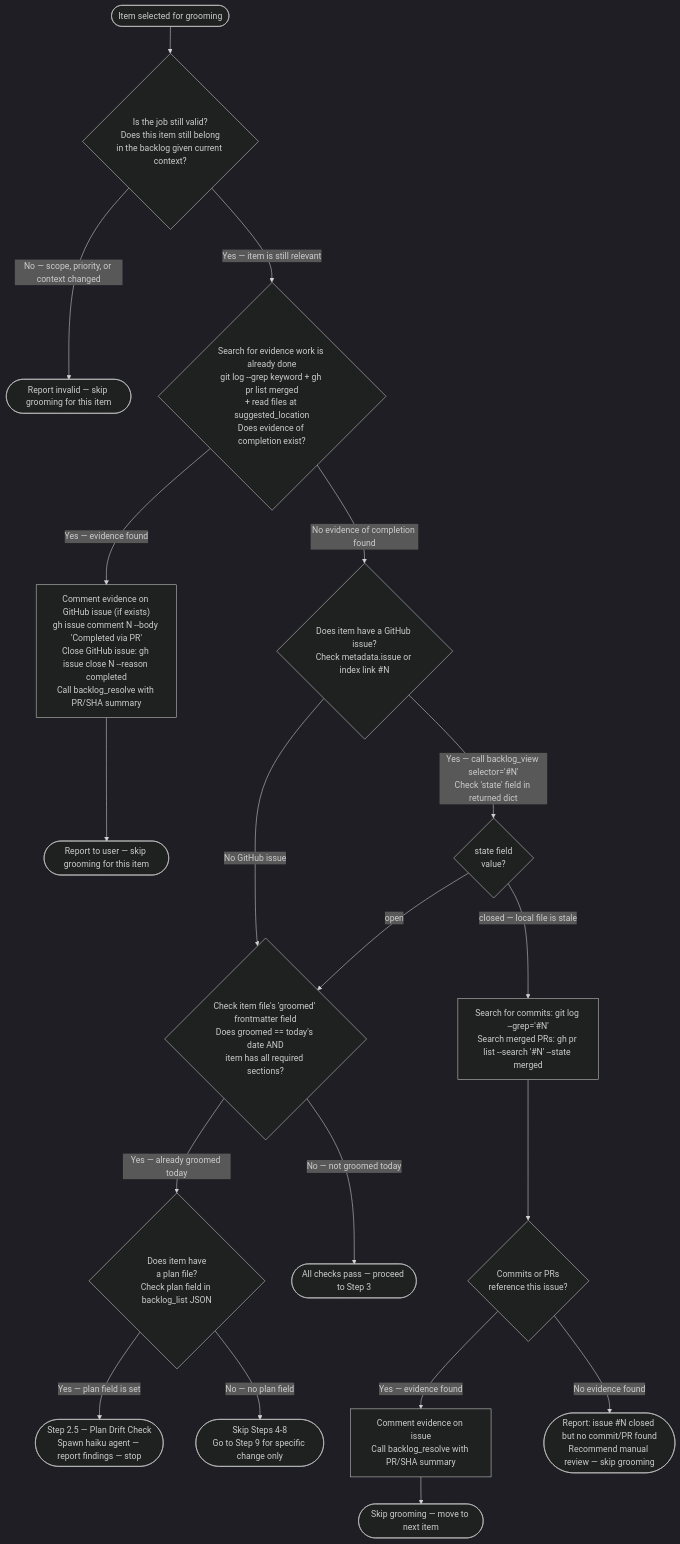
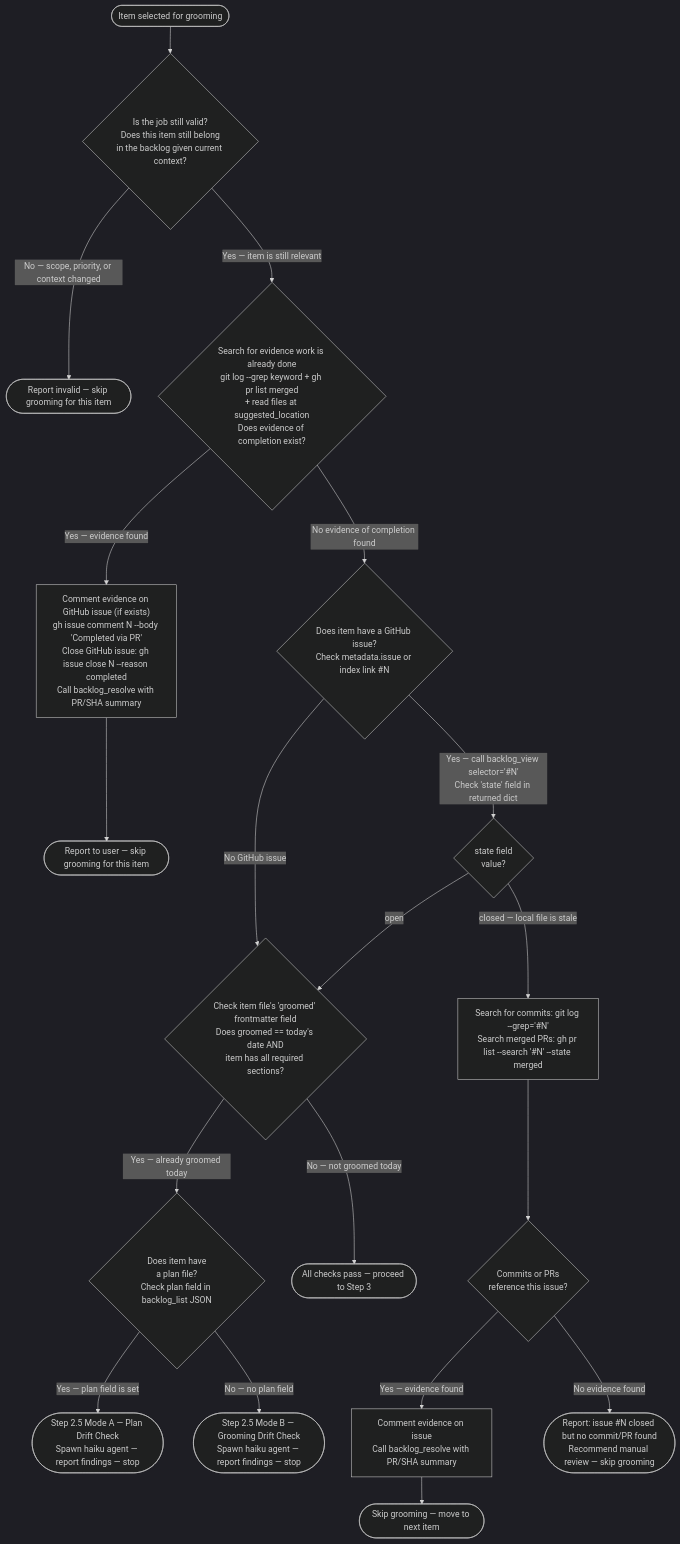
Before and after one commit to chgreer1070/claude_skills: the second of 5 diagrams in .claude/skills/groom-backlog-item/SKILL.md, drawn with Mermaid (dark theme). The commit also changed other lines of this file, not shown here.

First line of the commit message:
feat(groom-backlog-item): extend drift check to groomed items without plans

````diff
--- a/.claude/skills/groom-backlog-item/SKILL.md
+++ b/.claude/skills/groom-backlog-item/SKILL.md
@@ -62,21 +63,21 @@
 ```mermaid
 flowchart TD
     ItemIn(["Item selected for grooming"]) --> C1{"Is the job still valid?<br>Does this item still belong<br>in the backlog given current context?"}
     C1 -->|"No — scope, priority, or context changed"| InvalidSkip(["Report invalid — skip grooming for this item"])
     C1 -->|"Yes — item is still relevant"| C2{"Search for evidence work is already done<br>git log --grep keyword + gh pr list merged<br>+ read files at suggested_location<br>Does evidence of completion exist?"}
     C2 -->|"Yes — evidence found"| AlreadyDone["Comment evidence on GitHub issue (if exists)<br>gh issue comment N --body 'Completed via PR'<br>Close GitHub issue: gh issue close N --reason completed<br>Call backlog_resolve with PR/SHA summary"]
     AlreadyDone --> DoneSkip(["Report to user — skip grooming for this item"])
     C2 -->|"No evidence of completion found"| C3{"Does item have a GitHub issue?<br>Check metadata.issue or index link #N"}
     C3 -->|"No GitHub issue"| C4Check{"Check item file's 'groomed' frontmatter field<br>Does groomed == today's date AND<br>item has all required sections?"}
     C3 -->|"Yes — call backlog_view selector='#N'<br>Check 'state' field in returned dict"| IssueState{"state field<br>value?"}
     IssueState -->|"open"| C4Check
     IssueState -->|"closed — local file is stale"| StaleSearch["Search for commits: git log --grep='#N'<br>Search merged PRs: gh pr list --search '#N' --state merged"]
     StaleSearch --> StaleEvidence{"Commits or PRs<br>reference this issue?"}
     StaleEvidence -->|"Yes — evidence found"| StaleClose["Comment evidence on issue<br>Call backlog_resolve with PR/SHA summary"]
     StaleClose --> StaleSkip(["Skip grooming — move to next item"])
     StaleEvidence -->|"No evidence found"| StaleReport(["Report: issue #N closed but no commit/PR found<br>Recommend manual review — skip grooming"])
     C4Check -->|"Yes — already groomed today"| PlanFileCheck{"Does item have<br>a plan file?<br>Check plan field in backlog_list JSON"}
-    PlanFileCheck -->|"Yes — plan field is set"| PlanDrift(["Step 2.5 — Plan Drift Check<br>Spawn haiku agent — report findings — stop"])
-    PlanFileCheck -->|"No — no plan field"| GroomedSkip(["Skip Steps 4-8<br>Go to Step 9 for specific change only"])
+    PlanFileCheck -->|"Yes — plan field is set"| PlanDrift(["Step 2.5 Mode A — Plan Drift Check<br>Spawn haiku agent — report findings — stop"])
+    PlanFileCheck -->|"No — no plan field"| GroomDrift(["Step 2.5 Mode B — Grooming Drift Check<br>Spawn haiku agent — report findings — stop"])
     C4Check -->|"No — not groomed today"| PassAll(["All checks pass — proceed to Step 3"])
 ```
````
